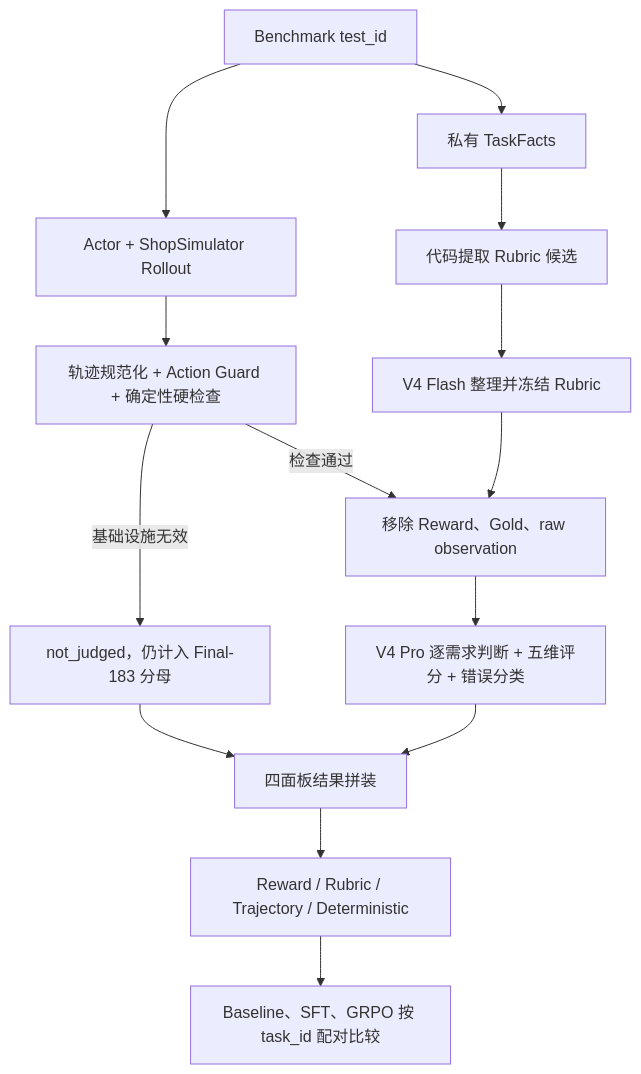
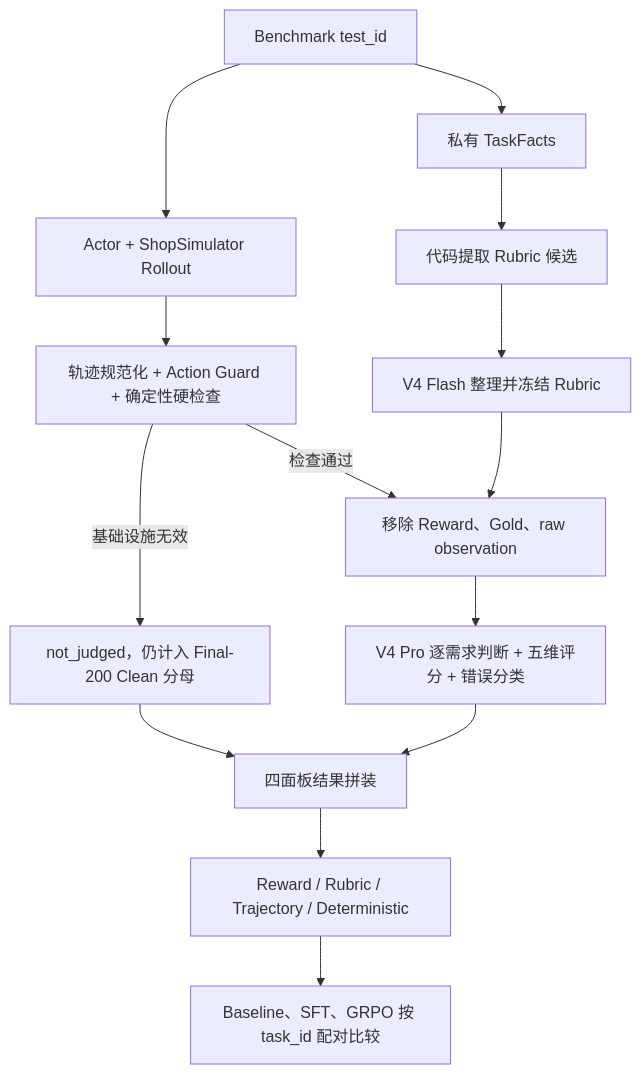
Before and after one commit to YYHDBL/shopping-grpo-longhorizon: the second of 2 diagrams in README.md, drawn with Mermaid. The commit also changed other lines of this file and 13 other files, not shown here.

Commit message:
data: publish clean final-200 benchmark

````diff
--- a/README.md
+++ b/README.md
@@ -122,16 +122,16 @@
 ```mermaid
 flowchart TD
     A["Benchmark test_id"] --> B["私有 TaskFacts"]
     B --> C["代码提取 Rubric 候选"]
     C --> D["V4 Flash 整理并冻结 Rubric"]
     A --> E["Actor + ShopSimulator Rollout"]
     E --> F["轨迹规范化 + Action Guard + 确定性硬检查"]
-    F -->|基础设施无效| G["not_judged，仍计入 Final-183 分母"]
+    F -->|基础设施无效| G["not_judged，仍计入 Final-200 Clean 分母"]
     F -->|检查通过| H["移除 Reward、Gold、raw observation"]
     D --> H
     H --> I["V4 Pro 逐需求判断 + 五维评分 + 错误分类"]
     G --> J["四面板结果拼装"]
     I --> J
     J --> K["Reward / Rubric / Trajectory / Deterministic"]
     K --> L["Baseline、SFT、GRPO 按 task_id 配对比较"]
 ```
````
